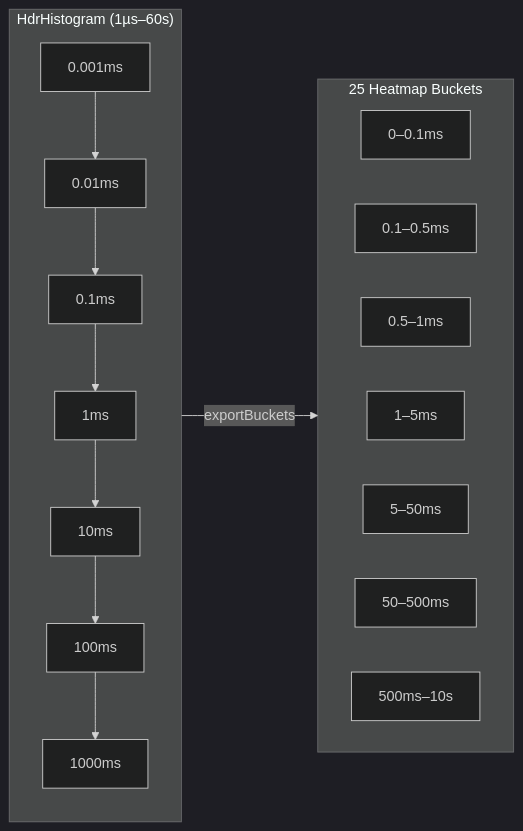
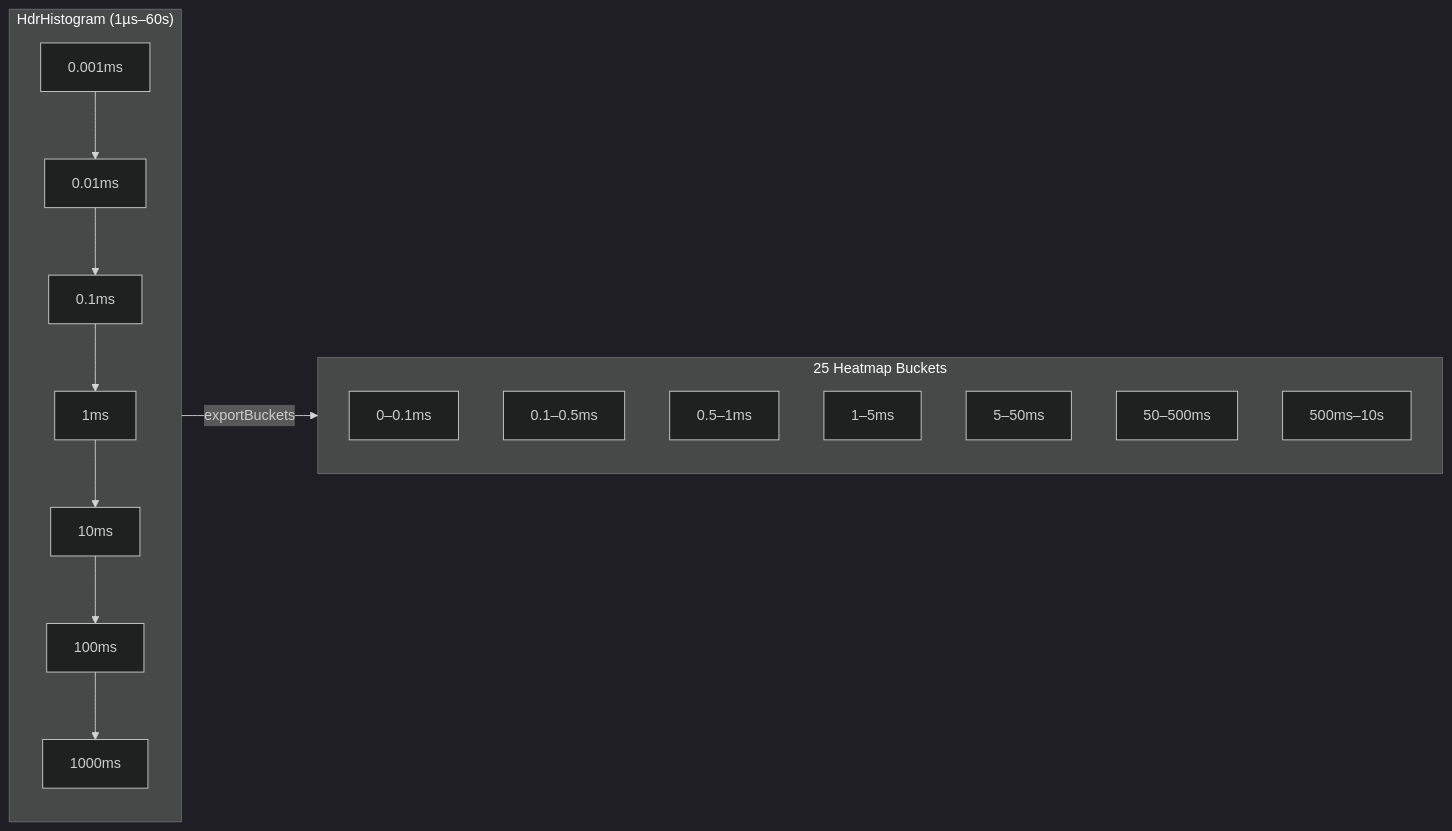
One commit to actions-marketplace-validations/bmscomp_kates changed the third of 8 diagrams in docs/book/02-architecture.md. Above: the diagram before and after it, drawn with Mermaid (dark theme). The commit also changed other lines of this file and 27 other files, not shown here.

````diff
--- a/docs/book/02-architecture.md
+++ b/docs/book/02-architecture.md
@@ -139,20 +148,23 @@
 ```mermaid
+%%| label: fig-architecture-histogram
+%%| fig-cap: "HdrHistogram records microsecond-precision latencies across five orders of magnitude and exports 25 logarithmic buckets on each poll for heatmap rendering."
+%%| fig-alt: "Flowchart from left to right. On the left, Internal HdrHistogram (1 microsecond to 60 seconds) chains resolution steps from 0.001 ms through 0.01 ms, 0.1 ms, 1 ms, 10 ms, 100 ms, and 1000 ms. An arrow labeled exportBuckets leads to Export (25 Heatmap Buckets), listing representative bucket ranges from 0–0.1 ms up to 500 ms–10 s."
 graph LR
     subgraph Internal["HdrHistogram (1µs–60s)"]
         direction TB
         B1["0.001ms"] --> B2["0.01ms"] --> B3["0.1ms"] --> B4["1ms"] --> B5["10ms"] --> B6["100ms"] --> B7["1000ms"]
     end
     
     subgraph Export["25 Heatmap Buckets"]
-        direction LR
+        direction TB
         H1["0–0.1ms"]
         H2["0.1–0.5ms"]
         H3["0.5–1ms"]
         H4["1–5ms"]
         H5["5–50ms"]
         H6["50–500ms"]
         H7["500ms–10s"]
     end
     
     Internal -->|exportBuckets| Export
 ```
````
